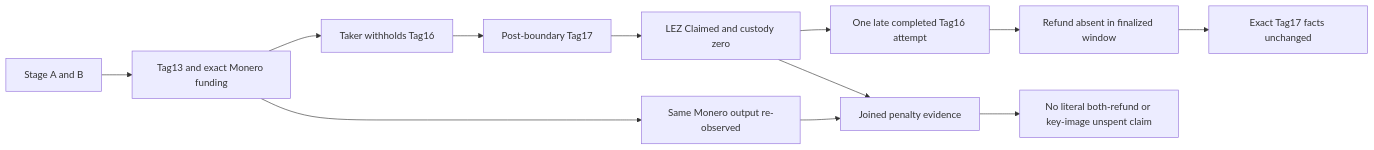
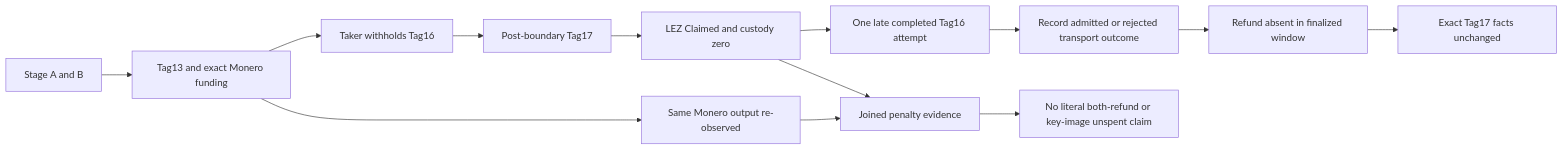
Before and after one commit to gateway-fm/lez-atomic-swaps: diagram 31 of 56 in docs/architecture/system-architecture.md, drawn with Mermaid. The commit also changed other lines of this file and 7 other files, not shown here.

````diff
--- a/docs/architecture/system-architecture.md
+++ b/docs/architecture/system-architecture.md
@@ -2767,14 +2767,15 @@
 ```mermaid
 flowchart LR
     Stage[Stage A and B] --> Locks[Tag13 and exact Monero funding]
     Locks --> Abandon[Taker withholds Tag16]
     Abandon --> Punish[Post-boundary Tag17]
     Punish --> Terminal[LEZ Claimed and custody zero]
     Locks --> Reobserve[Same Monero output re-observed]
     Terminal --> Join[Joined penalty evidence]
     Reobserve --> Join
     Terminal --> Late16[One late completed Tag16 attempt]
-    Late16 --> Exclude[Refund absent in finalized window]
+    Late16 --> Outcome[Record admitted or rejected transport outcome]
+    Outcome --> Exclude[Refund absent in finalized window]
     Exclude --> Stable[Exact Tag17 facts unchanged]
     Join --> Residual[No literal both-refund or key-image unspent claim]
 ```
````
